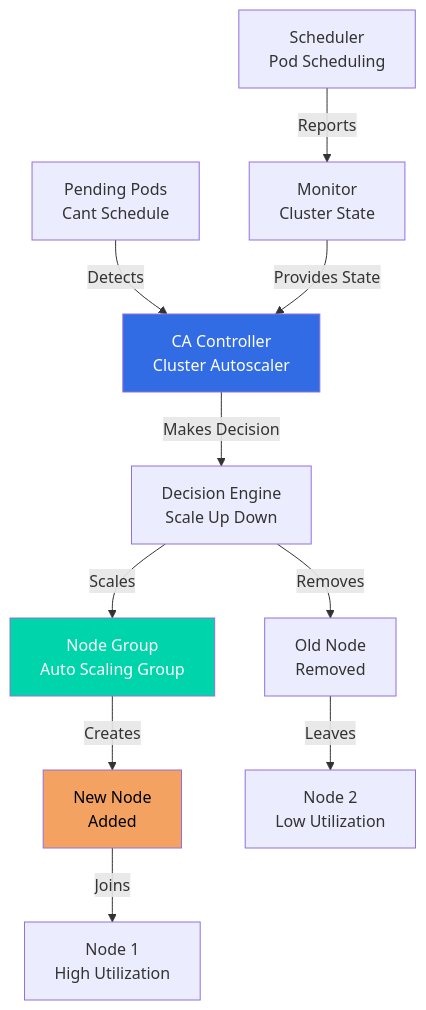
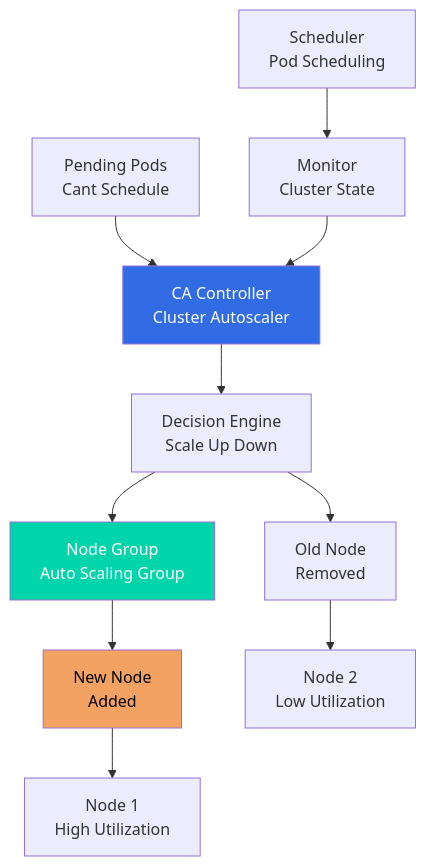
Diagram 31 of 33 in README.md (jayeshjd555/Kubernetes), drawn with Mermaid before and after one commit. The commit also changed other lines of this file, not shown here.

````diff
--- a/README.md
+++ b/README.md
@@ -11611,27 +11611,27 @@
 ```mermaid
 graph TB
     SCHED[Scheduler<br/>Pod Scheduling]
     PENDING[Pending Pods<br/>Cant Schedule]
     MON[Monitor<br/>Cluster State]
     CA[CA Controller<br/>Cluster Autoscaler]
     DEC[Decision Engine<br/>Scale Up Down]
     NG[Node Group<br/>Auto Scaling Group]
     NEW[New Node<br/>Added]
     OLD[Old Node<br/>Removed]
     NODE1[Node 1<br/>High Utilization]
     NODE2[Node 2<br/>Low Utilization]
     
-    PENDING -->|Detects| CA
-    SCHED -->|Reports| MON
-    MON -->|Provides State| CA
-    CA -->|Makes Decision| DEC
-    DEC -->|Scales| NG
-    NG -->|Creates| NEW
-    DEC -->|Removes| OLD
-    NEW -->|Joins| NODE1
-    OLD -->|Leaves| NODE2
+    PENDING --> CA
+    SCHED --> MON
+    MON --> CA
+    CA --> DEC
+    DEC --> NG
+    NG --> NEW
+    DEC --> OLD
+    NEW --> NODE1
+    OLD --> NODE2
     
     style CA fill:#326ce5,color:#fff
     style NG fill:#00d4aa,color:#fff
     style NEW fill:#f4a261,color:#000
 ```
````
